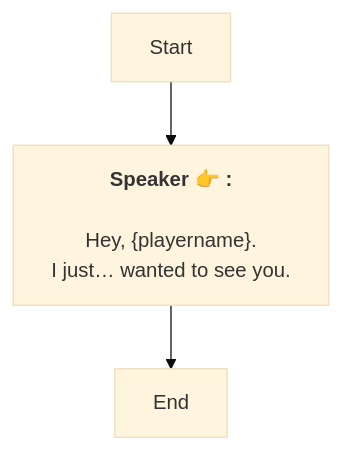
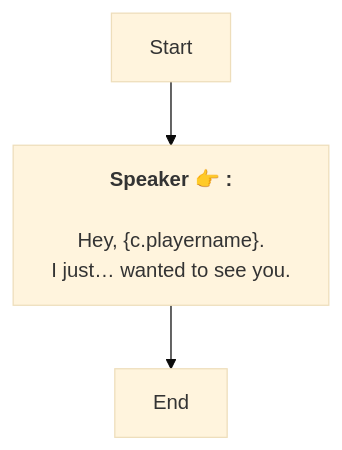
One commit to SoftHu/tos_avg changed the diagram in Zh/Dialog_55209110178020.md. Above: the diagram before and after it, drawn with Mermaid (base theme). The commit also changed 410 other files, not shown here.

````diff
--- a/Zh/Dialog_55209110178020.md
+++ b/Zh/Dialog_55209110178020.md
@@ -1,8 +1,8 @@
 ```mermaid
 graph
 Start -->1766691966779318[<b>Speaker 👉 :</b>
-\nHey, &lbrace;playername&rbrace;. 
+\nHey, &lbrace;c.playername&rbrace;. 
 I just… wanted to see you.]
 1766691966779318 -->1766691959425973[End]
 
 ```
````
